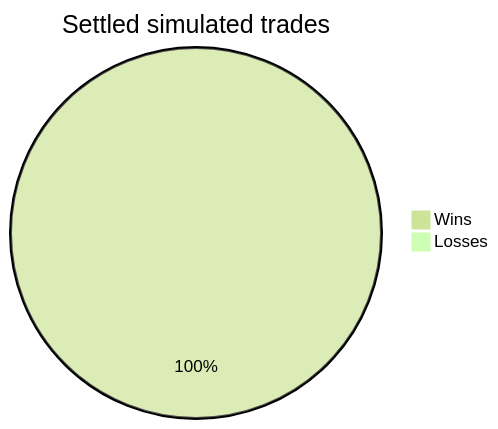
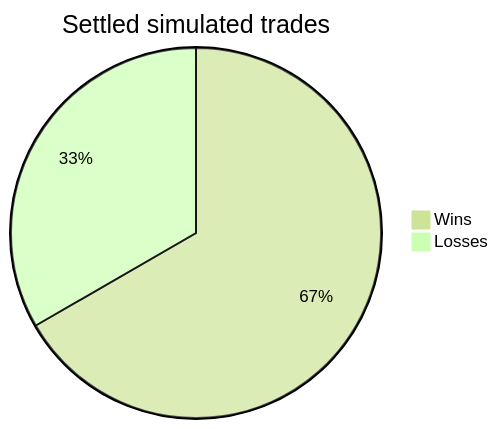
One commit to cheeseonamonkey/PaperLab changed the diagram in docs/bots/cross_asset_momentum.md. Above: the diagram before and after it, drawn with Mermaid (forest theme). The commit also changed other lines of this file and 34 other files, not shown here.

````diff
--- a/docs/bots/cross_asset_momentum.md
+++ b/docs/bots/cross_asset_momentum.md
@@ -22,5 +22,5 @@
 ```mermaid
 pie title Settled simulated trades
-    "Wins" : 1
-    "Losses" : 0
+    "Wins" : 4
+    "Losses" : 2
 ```
````
